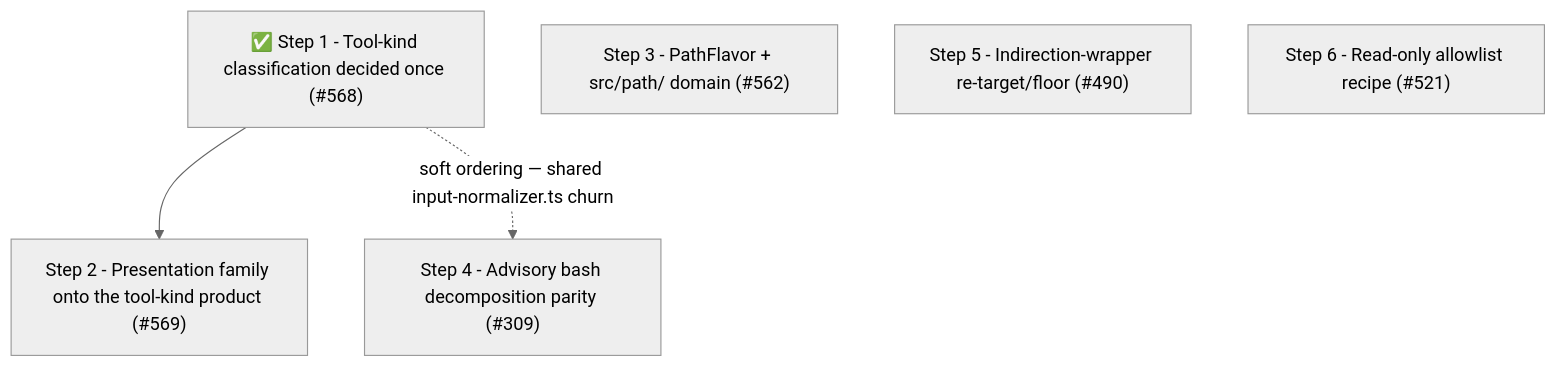
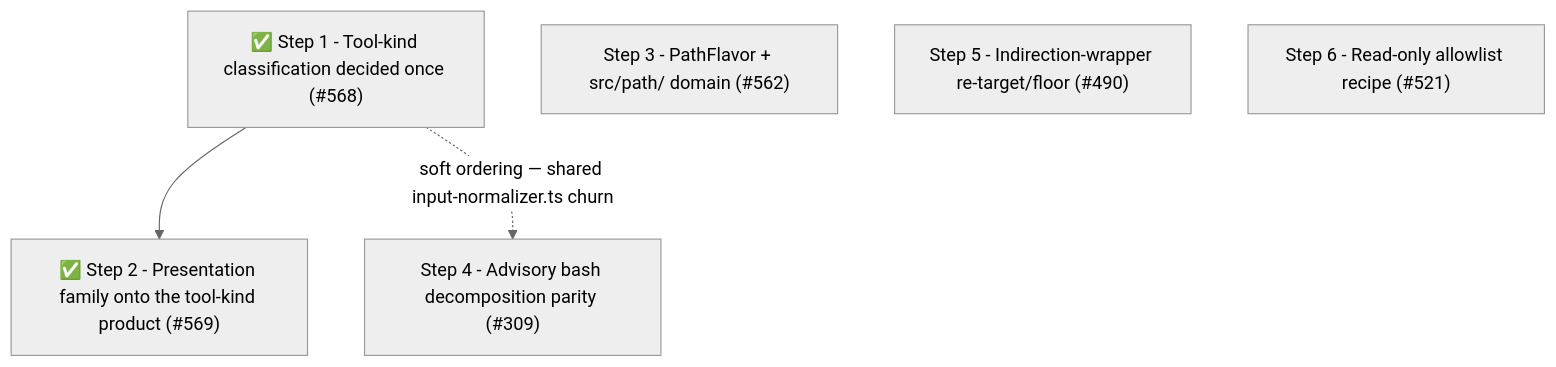
Before and after one commit to whaoa/forked-gotgenes-pi-packages: the fourth of 4 diagrams in packages/pi-permission-system/docs/architecture/architecture.md, drawn with Mermaid (neutral theme). The commit also changed other lines of this file, not shown here.

Commit message:
docs(pi-permission-system): record Phase 10 Step 2 presentation tool-kind migration

````diff
--- a/packages/pi-permission-system/docs/architecture/architecture.md
+++ b/packages/pi-permission-system/docs/architecture/architecture.md
@@ -966,8 +968,8 @@
 ```mermaid
 flowchart TD
-    S1["✅ Step 1 - Tool-kind classification decided once (#568)"] --> S2["Step 2 - Presentation family onto the tool-kind product (#569)"]
+    S1["✅ Step 1 - Tool-kind classification decided once (#568)"] --> S2["✅ Step 2 - Presentation family onto the tool-kind product (#569)"]
     S1 -.->|"soft ordering — shared input-normalizer.ts churn"| S4["Step 4 - Advisory bash decomposition parity (#309)"]
     S3["Step 3 - PathFlavor + src/path/ domain (#562)"]
     S5["Step 5 - Indirection-wrapper re-target/floor (#490)"]
     S6["Step 6 - Read-only allowlist recipe (#521)"]
 ```
````
